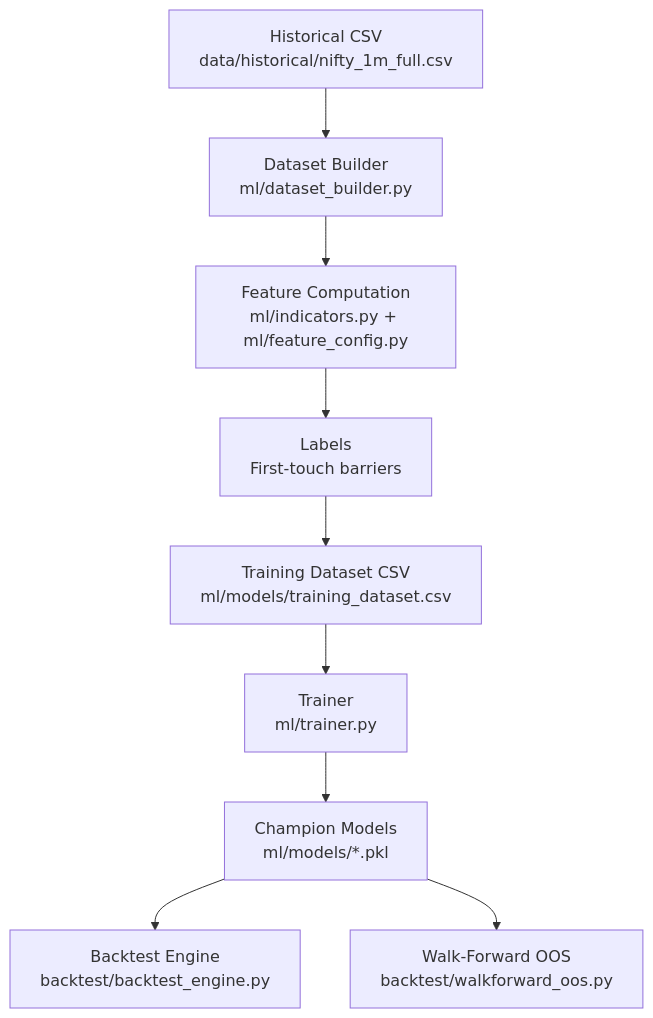
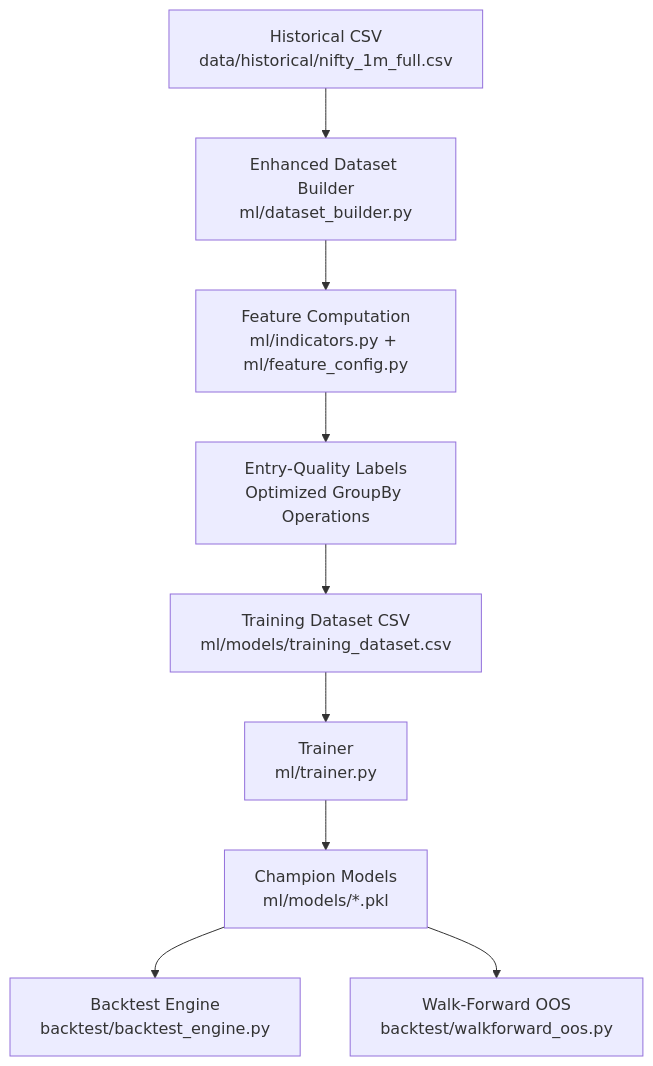
Before and after one commit to tauqeersiddiqui-art/tradingsystem: the first of 4 diagrams in .qoder/repowiki/en/content/Machine Learning Pipeline/Feature Engineering/Dataset Construction.md, drawn with Mermaid. The commit also changed other lines of this file and 71 other files, not shown here.

Commit message:
Add rejection-first entry quality filters, entry-quality ML target with fail-hard pipeline, post-trade loss classification, and reproducible Phase-8 backtest

````diff
--- a/.qoder/repowiki/en/content/Machine Learning Pipeline/Feature Engineering/Dataset Construction.md
+++ b/.qoder/repowiki/en/content/Machine Learning Pipeline/Feature Engineering/Dataset Construction.md
@@ -37,11 +47,11 @@
 ```mermaid
 graph TB
-A["Historical CSV<br/>data/historical/nifty_1m_full.csv"] --> B["Dataset Builder<br/>ml/dataset_builder.py"]
+A["Historical CSV<br/>data/historical/nifty_1m_full.csv"] --> B["Enhanced Dataset Builder<br/>ml/dataset_builder.py"]
 B --> C["Feature Computation<br/>ml/indicators.py + ml/feature_config.py"]
-C --> D["Labels<br/>First-touch barriers"]
+C --> D["Entry-Quality Labels<br/>Optimized GroupBy Operations"]
 D --> E["Training Dataset CSV<br/>ml/models/training_dataset.csv"]
 E --> F["Trainer<br/>ml/trainer.py"]
 F --> G["Champion Models<br/>ml/models/*.pkl"]
 G --> H["Backtest Engine<br/>backtest/backtest_engine.py"]
 G --> I["Walk-Forward OOS<br/>backtest/walkforward_oos.py"]
 ```
````
